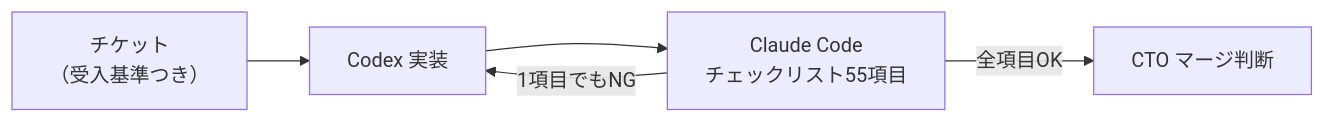
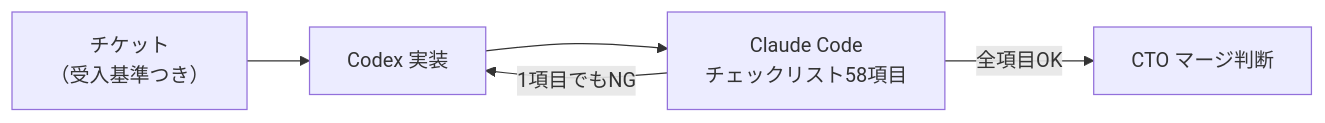
Before and after one commit to Sho0922/bestbike_matching-: the third of 4 diagrams in docs/08_plan-and-estimate.md, drawn with Mermaid. The commit also changed other lines of this file and 10 other files, not shown here.

````diff
--- a/docs/08_plan-and-estimate.md
+++ b/docs/08_plan-and-estimate.md
@@ -74,7 +83,7 @@
 ```mermaid
 flowchart LR
   A["チケット<br/>（受入基準つき）"] --> B["Codex 実装"]
-  B --> C["Claude Code<br/>チェックリスト55項目"]
+  B --> C["Claude Code<br/>チェックリスト58項目"]
   C -->|1項目でもNG| B
   C -->|全項目OK| D["CTO マージ判断"]
 ```
````
